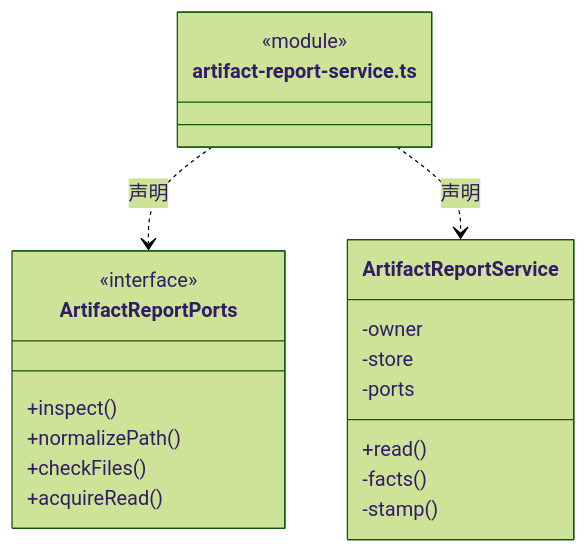
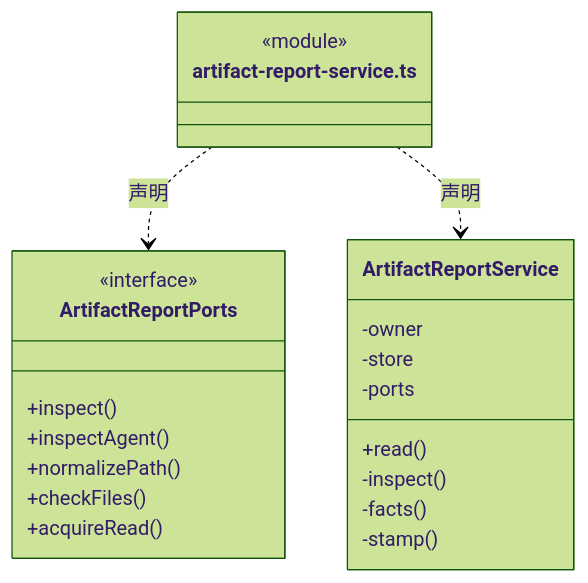
Before and after one commit to nan023062/cbim: the first of 20 diagrams in src/logic/evidence/runtime/ARCHITECTURE.md, drawn with Mermaid (forest theme). The commit also changed other lines of this file and 19 other files, not shown here.

````diff
--- a/src/logic/evidence/runtime/ARCHITECTURE.md
+++ b/src/logic/evidence/runtime/ARCHITECTURE.md
@@ -28,23 +29,25 @@
 ```mermaid
 classDiagram
 class N_src_logic_evidence_runtime_artifact_report_service_ts["artifact-report-service.ts"] {
   <<module>>
 }
 class N_src_logic_evidence_runtime_artifact_report_service_ts_ArtifactReportPorts["ArtifactReportPorts"] {
   <<interface>>
   +inspect()
+  +inspectAgent()
   +normalizePath()
   +checkFiles()
   +acquireRead()
 }
 N_src_logic_evidence_runtime_artifact_report_service_ts ..> N_src_logic_evidence_runtime_artifact_report_service_ts_ArtifactReportPorts : 声明
 class N_src_logic_evidence_runtime_artifact_report_service_ts_ArtifactReportService["ArtifactReportService"] {
   +read()
   -owner
   -store
   -ports
+  -inspect()
   -facts()
   -stamp()
 }
 N_src_logic_evidence_runtime_artifact_report_service_ts ..> N_src_logic_evidence_runtime_artifact_report_service_ts_ArtifactReportService : 声明
 ```
````
